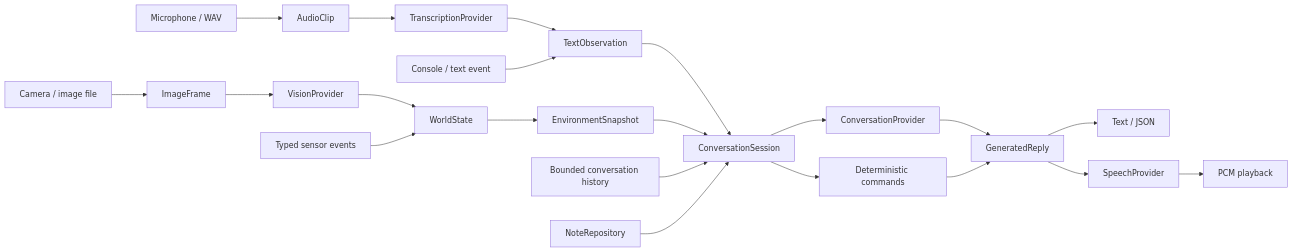
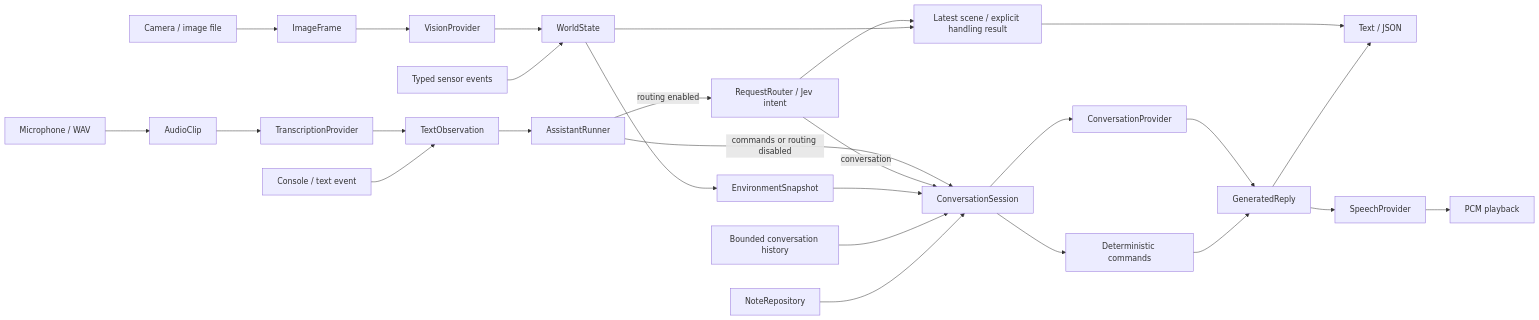
The diagram in docs/architecture.md (sriramsme/pragYantra), drawn with Mermaid before and after one commit. The commit also changed other lines of this file and 27 other files, not shown here.

Commit message:
Add opt-in Jev request interpretation and evaluation

````diff
--- a/docs/architecture.md
+++ b/docs/architecture.md
@@ -31,23 +31,29 @@
 ```mermaid
 flowchart LR
   camera[Camera / image file] --> frame[ImageFrame]
   frame --> vision[VisionProvider]
   vision --> world[WorldState]
   sensors[Typed sensor events] --> world
   microphone[Microphone / WAV] --> clip[AudioClip]
   clip --> asr[TranscriptionProvider]
   asr --> text[TextObservation]
   console[Console / text event] --> text
-  text --> session[ConversationSession]
+  text --> runner[AssistantRunner]
+  runner -->|commands or routing disabled| session[ConversationSession]
+  runner -->|routing enabled| router[RequestRouter / Jev intent]
+  router -->|conversation| session
+  router --> inspection[Latest scene / explicit handling result]
+  world --> inspection
+  inspection --> stdout
   world --> snapshot[EnvironmentSnapshot]
   snapshot --> session
   history[Bounded conversation history] --> session
   notes[NoteRepository] --> session
   session --> commands[Deterministic commands]
   session --> conversation[ConversationProvider]
   conversation --> reply[GeneratedReply]
   commands --> reply
   reply --> stdout[Text / JSON]
   reply --> tts[SpeechProvider]
   tts --> playback[PCM playback]
 ```
````
